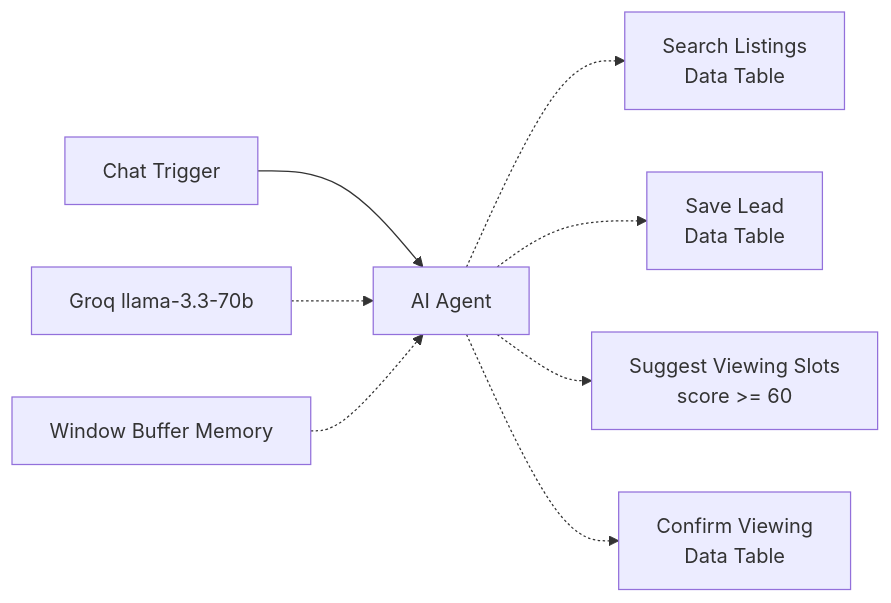
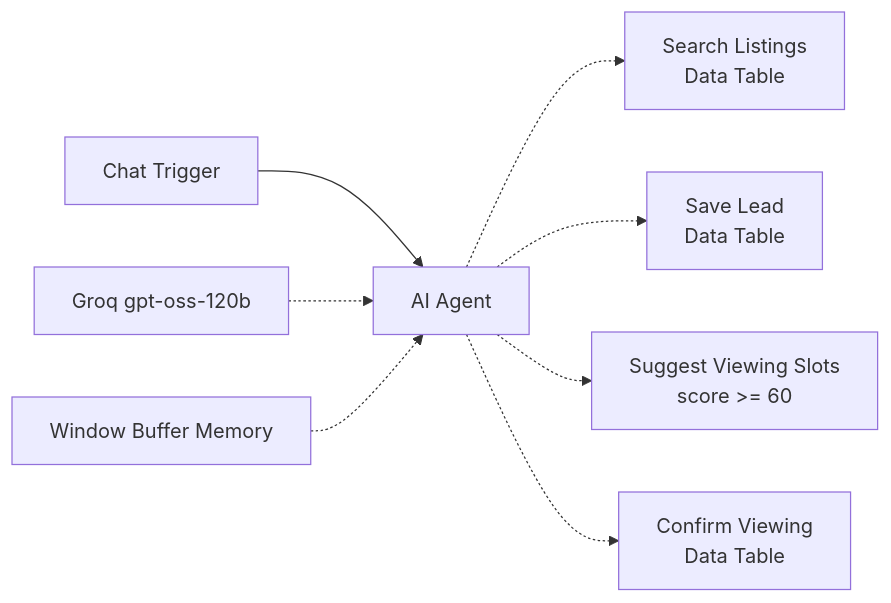
Before and after one commit to melihmdagency-web/n8n-ai-real-estate-assistant: the diagram in README.md, drawn with Mermaid. The commit also changed 2 other files, not shown here.

Commit message:
Use Data Table IDs, gpt-oss-120b model, language rule

````diff
--- a/README.md
+++ b/README.md
@@ -13,10 +13,10 @@
 ```mermaid
 flowchart LR
   U[Chat Trigger] --> A[AI Agent]
-  M[Groq llama-3.3-70b] -.-> A
+  M[Groq gpt-oss-120b] -.-> A
   W[Window Buffer Memory] -.-> A
   A -.-> T1[Search Listings\nData Table]
   A -.-> T2[Save Lead\nData Table]
   A -.-> T3[Suggest Viewing Slots\nscore >= 60]
   A -.-> T4[Confirm Viewing\nData Table]
 ```
````
